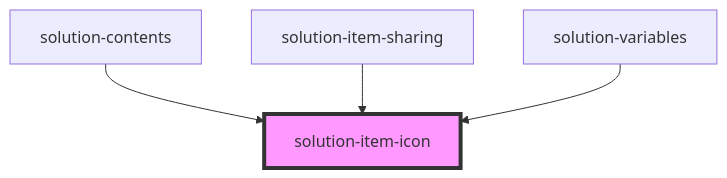
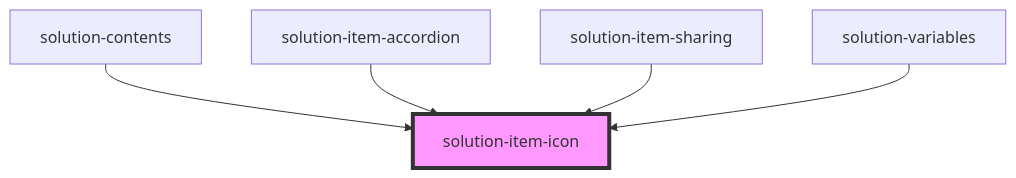
The diagram in src/components/solution-item-icon/readme.md (Esri/solutions-components), drawn with Mermaid before and after one commit. The commit also changed other lines of this file and 4 other files, not shown here.

````diff
--- a/src/components/solution-item-icon/readme.md
+++ b/src/components/solution-item-icon/readme.md
@@ -26,7 +27,8 @@
 ```mermaid
 graph TD;
   solution-contents --> solution-item-icon
+  solution-item-accordion --> solution-item-icon
   solution-item-sharing --> solution-item-icon
   solution-variables --> solution-item-icon
   style solution-item-icon fill:#f9f,stroke:#333,stroke-width:4px
 ```
````
